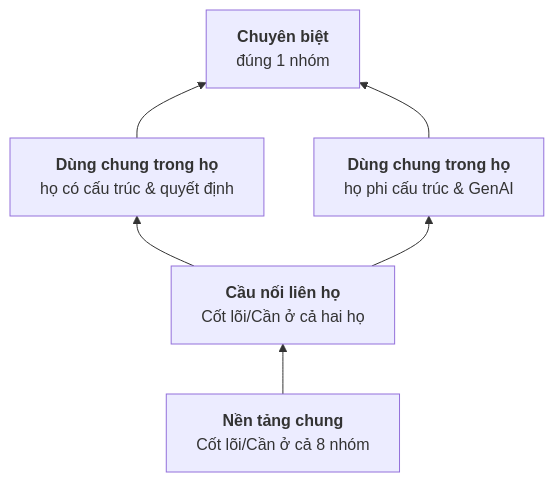
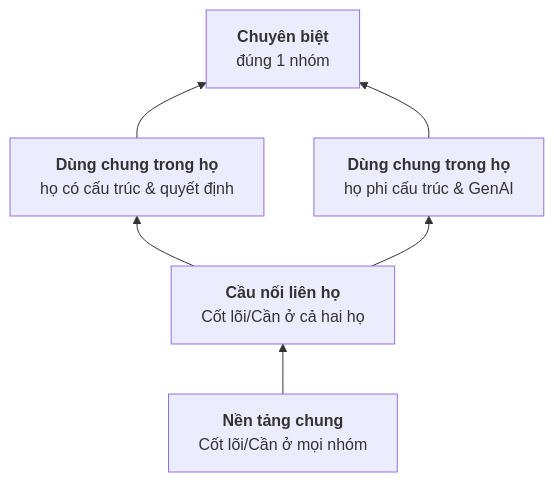
Before and after one commit to superken-python/ai-architecture: the diagram in docs/02-skill-map/01-kien-truc-ky-nang.md, drawn with Mermaid. The commit also changed other lines of this file and 80 other files, not shown here.

````diff
--- a/docs/02-skill-map/01-kien-truc-ky-nang.md
+++ b/docs/02-skill-map/01-kien-truc-ky-nang.md
@@ -40,9 +40,9 @@
 ```mermaid
 flowchart BT
-    F["<b>Nền tảng chung</b><br/>Cốt lõi/Cần ở cả 8 nhóm"]
+    F["<b>Nền tảng chung</b><br/>Cốt lõi/Cần ở mọi nhóm"]
     B["<b>Cầu nối liên họ</b><br/>Cốt lõi/Cần ở cả hai họ"]
     H1["<b>Dùng chung trong họ</b><br/>họ có cấu trúc & quyết định"]
     H2["<b>Dùng chung trong họ</b><br/>họ phi cấu trúc & GenAI"]
     S["<b>Chuyên biệt</b><br/>đúng 1 nhóm"]
     F --> B --> H1 & H2 --> S
 ```
````
